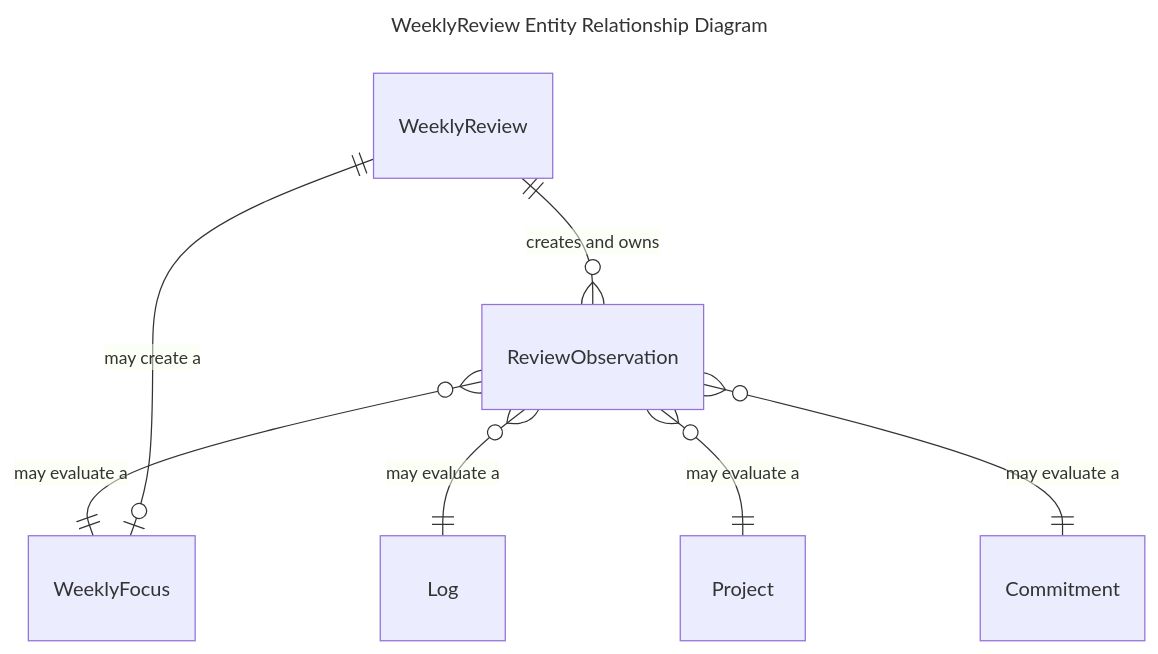
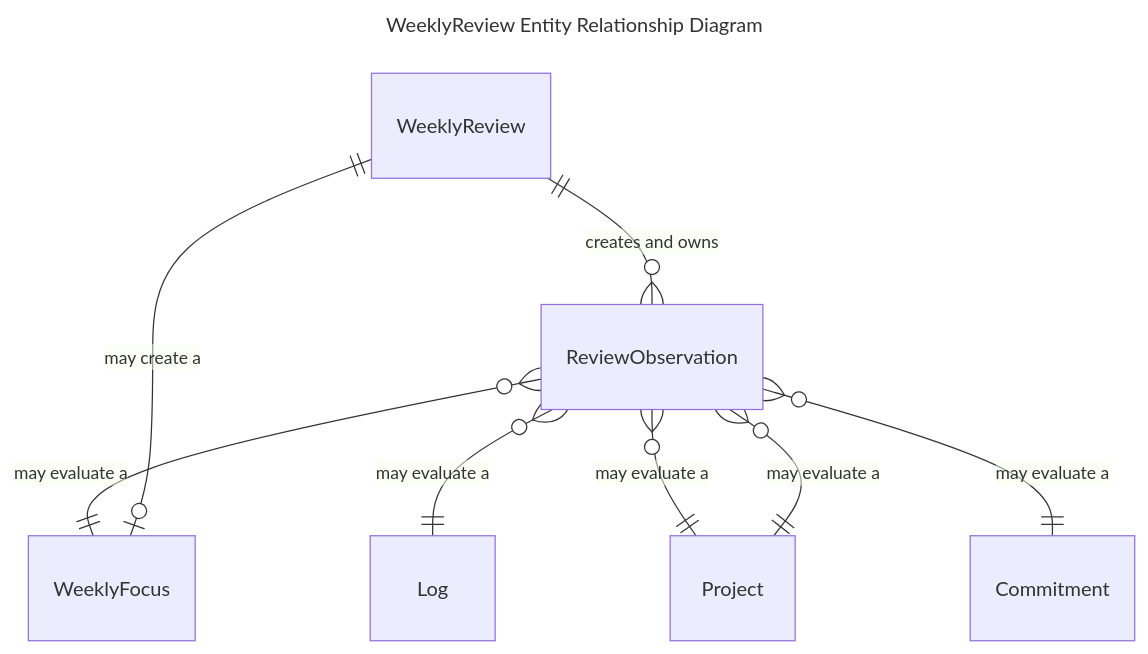
Before and after one commit to osgrouch/olos: the sixth of 8 diagrams in design-docs/02-entity-relationship-diagrams.md, drawn with Mermaid. The commit also changed other lines of this file and 2 other files, not shown here.

````diff
--- a/design-docs/02-entity-relationship-diagrams.md
+++ b/design-docs/02-entity-relationship-diagrams.md
@@ -152,16 +152,17 @@
 ``` mermaid
 ---
 title: WeeklyReview Entity Relationship Diagram
 ---
 erDiagram
   direction TB
   
   WeeklyReview ||--o{ ReviewObservation : "creates and owns"
 
   ReviewObservation }o--|| WeeklyFocus : "may evaluate a"
   ReviewObservation }o--|| Log : "may evaluate a"
   ReviewObservation }o--|| Project : "may evaluate a"
   ReviewObservation }o--|| Commitment : "may evaluate a"
+  ReviewObservation }o--|| Project : "may evaluate a"
 
   WeeklyReview ||--o| WeeklyFocus : "may create a"
 ```
````
